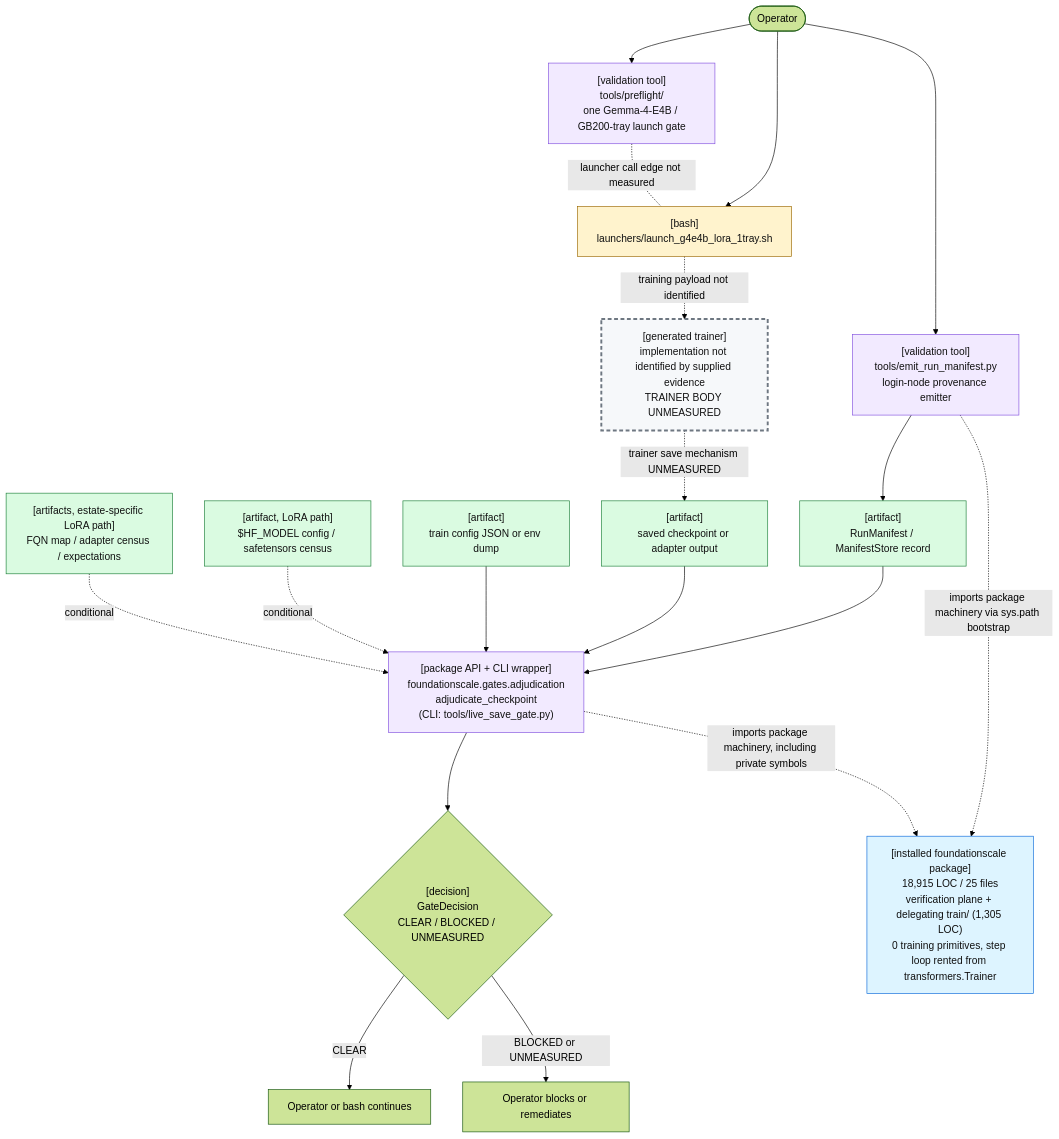
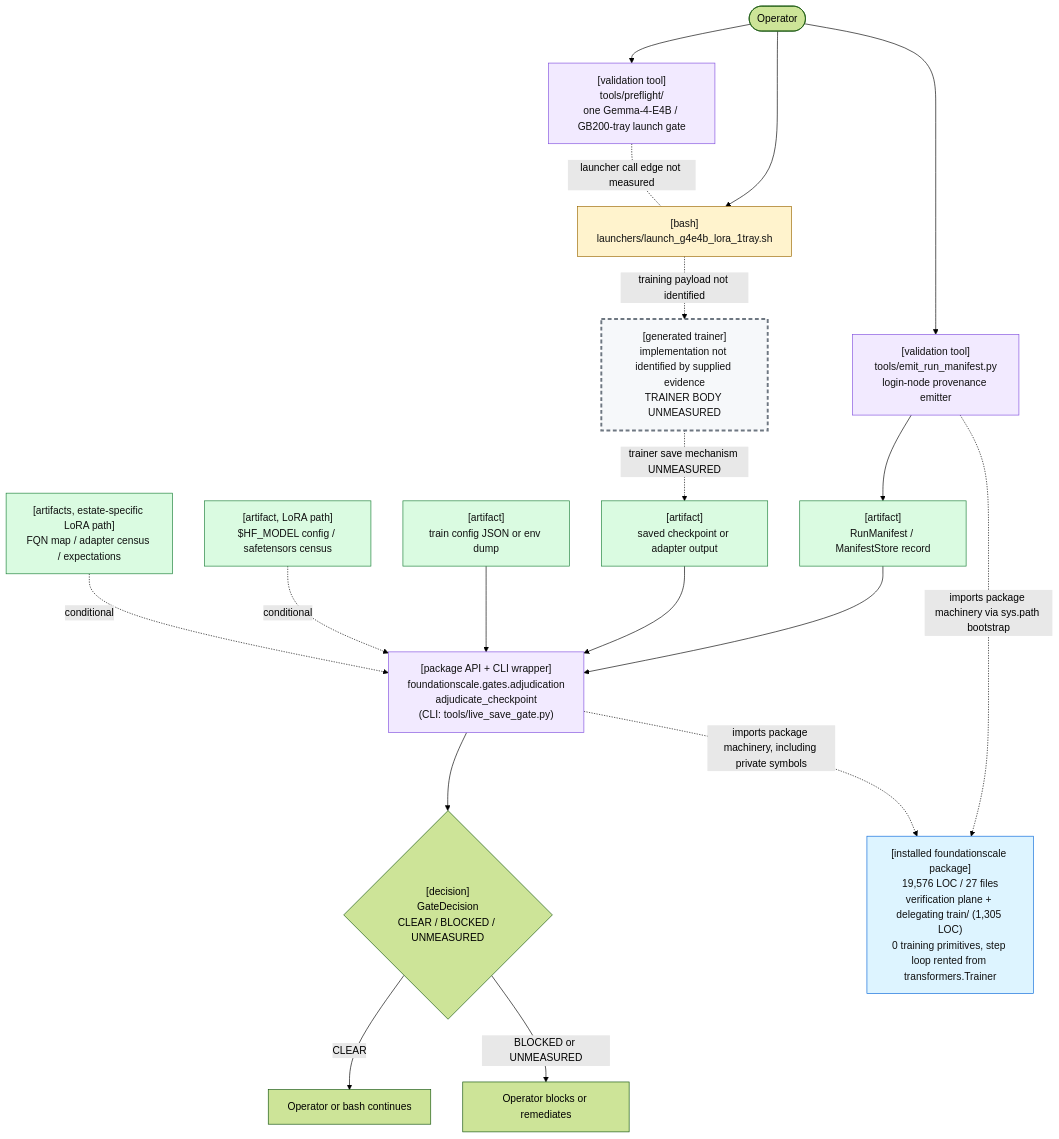
Before and after one commit to TranNhiem/FoundationScale: the first of 2 diagrams in docs/review/D2_current_architecture.md, drawn with Mermaid (forest theme). The commit also changed other lines of this file and 20 other files, not shown here.

````diff
--- a/docs/review/D2_current_architecture.md
+++ b/docs/review/D2_current_architecture.md
@@ -25,59 +25,59 @@
 ```mermaid
 flowchart TB
   O(["Operator"])
 
   PF["[validation tool]<br/>tools/preflight/<br/>one Gemma-4-E4B / GB200-tray launch gate"]
   L["[bash]<br/>launchers/launch_g4e4b_lora_1tray.sh"]
 
   E["[validation tool]<br/>tools/emit_run_manifest.py<br/>login-node provenance emitter"]
   M["[artifact]<br/>RunManifest / ManifestStore record"]
 
   T["[generated trainer]<br/>implementation not identified by supplied evidence<br/>TRAINER BODY UNMEASURED"]
   C["[artifact]<br/>saved checkpoint or adapter output"]
 
   G["[package API + CLI wrapper]<br/>foundationscale.gates.adjudication<br/>adjudicate_checkpoint<br/>(CLI: tools/live_save_gate.py)"]
   CFG["[artifact]<br/>train config JSON or env dump"]
   BASE["[artifact, LoRA path]<br/>$HF_MODEL config / safetensors census"]
   CEN["[artifacts, estate-specific LoRA path]<br/>FQN map / adapter census / expectations"]
 
   D{"[decision]<br/>GateDecision<br/>CLEAR / BLOCKED / UNMEASURED"}
   OK["Operator or bash continues"]
   NO["Operator blocks or remediates"]
 
-  PKG["[installed foundationscale package]<br/>18,915 LOC / 25 files<br/>verification plane + delegating train/ (1,305 LOC)<br/>0 training primitives, step loop rented from transformers.Trainer"]
+  PKG["[installed foundationscale package]<br/>19,576 LOC / 27 files<br/>verification plane + delegating train/ (1,305 LOC)<br/>0 training primitives, step loop rented from transformers.Trainer"]
 
   O --> PF
   O --> L
   PF -. "launcher call edge not measured" .- L
 
   O --> E
   E --> M
 
   L -. "training payload not identified" .-> T
   T -. "trainer save mechanism UNMEASURED" .-> C
 
   M --> G
   C --> G
   CFG --> G
   BASE -. "conditional" .-> G
   CEN -. "conditional" .-> G
 
   E -. "imports package machinery via sys.path bootstrap" .-> PKG
   G -. "imports package machinery, including private symbols" .-> PKG
 
   G --> D
   D -->|"CLEAR"| OK
   D -->|"BLOCKED or UNMEASURED"| NO
 
   classDef bash fill:#fff3cd,stroke:#9a6700,color:#111;
   classDef tool fill:#f2eaff,stroke:#8250df,color:#111;
   classDef artifact fill:#dafbe1,stroke:#1a7f37,color:#111;
   classDef gap fill:#f6f8fa,stroke:#6e7781,stroke-width:3px,stroke-dasharray: 6 4,color:#111;
   classDef pkg fill:#ddf4ff,stroke:#0969da,color:#111;
 
   class L bash;
   class PF,E,G tool;
   class M,C,CFG,BASE,CEN artifact;
   class T gap;
   class PKG pkg;
 ```
````
